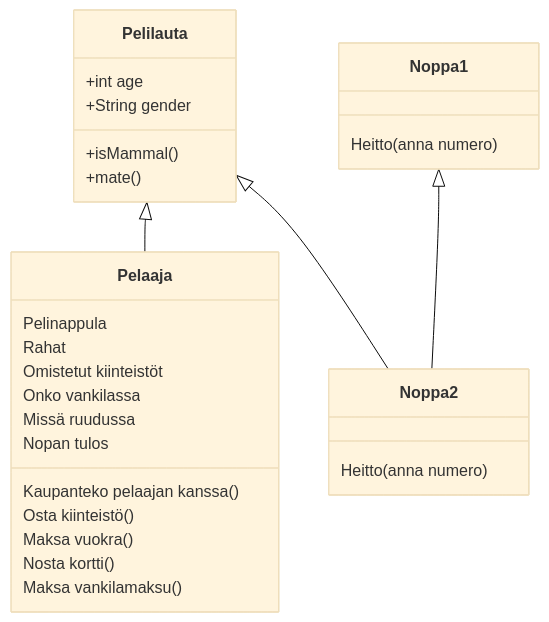
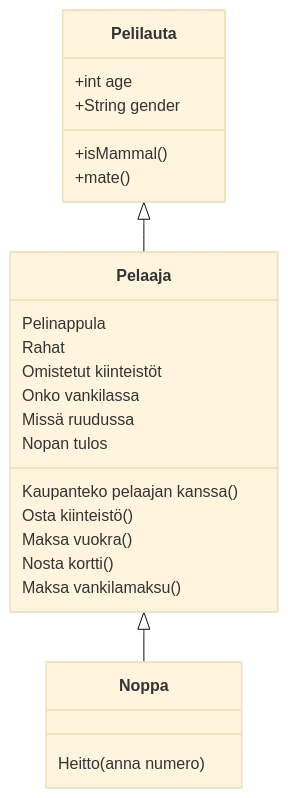
The diagram in laskarit/viikko3/luokkakaavio.md (kodtld/TravelHub), drawn with Mermaid (base theme) before and after one commit.

````diff
--- a/laskarit/viikko3/luokkakaavio.md
+++ b/laskarit/viikko3/luokkakaavio.md
@@ -1,35 +1,30 @@
 ```mermaid
  classDiagram
       Pelilauta <|-- Pelaaja
-      Pelilauta <|-- Noppa2
-      Noppa1  <|-- Noppa2 
+      Pelaaja  <|-- Noppa 
       Pelilauta : +int age
       Pelilauta : +String gender
       Pelilauta: +isMammal()
       Pelilauta: +mate()
 
       class Pelaaja{
           Pelinappula
           Rahat
           Omistetut kiinteistöt  
           Onko vankilassa
           Missä ruudussa
           Nopan tulos
           
 
           Kaupanteko pelaajan kanssa()
           Osta kiinteistö()
           Maksa vuokra()
           Nosta kortti()
           Maksa vankilamaksu()  
 
       }
-      class Noppa1{
-          Heitto(anna numero)
-      }
-
-      class Noppa2{
+      class Noppa{
           Heitto(anna numero)
       }
 
 ```
````
